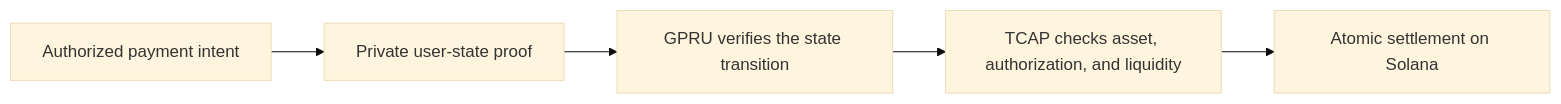
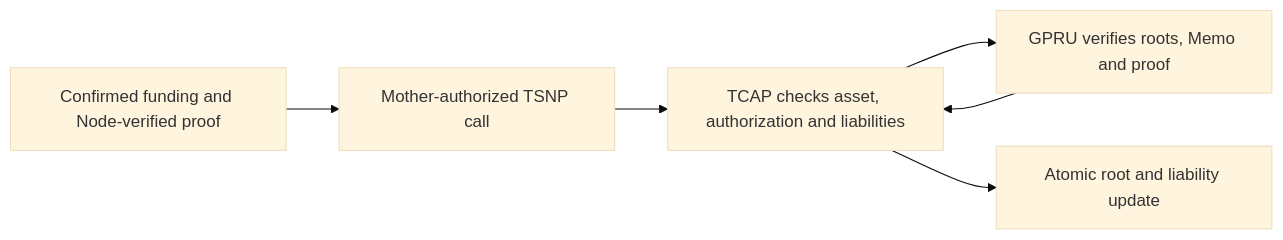
The diagram in tsn-docs/developers/confidential-settlement.mdx (Trustlink-Labs/TSN-Protocol), drawn with Mermaid (base theme) before and after one commit. The commit also changed other lines of this file and 126 other files, not shown here.

````diff
--- a/tsn-docs/developers/confidential-settlement.mdx
+++ b/tsn-docs/developers/confidential-settlement.mdx
@@ -9,7 +9,8 @@
 ```mermaid
 flowchart LR
-    I[Authorized payment intent] --> P[Private user-state proof]
-    P --> G[GPRU verifies the state transition]
-    G --> T[TCAP checks asset, authorization, and liquidity]
-    T --> S[Atomic settlement on Solana]
+    I[Confirmed funding and Node-verified proof] --> A[Mother-authorized TSNP call]
+    A --> T[TCAP checks asset, authorization and liabilities]
+    T --> G[GPRU verifies roots, Memo and proof]
+    G --> T
+    T --> S[Atomic root and liability update]
 ```
````
